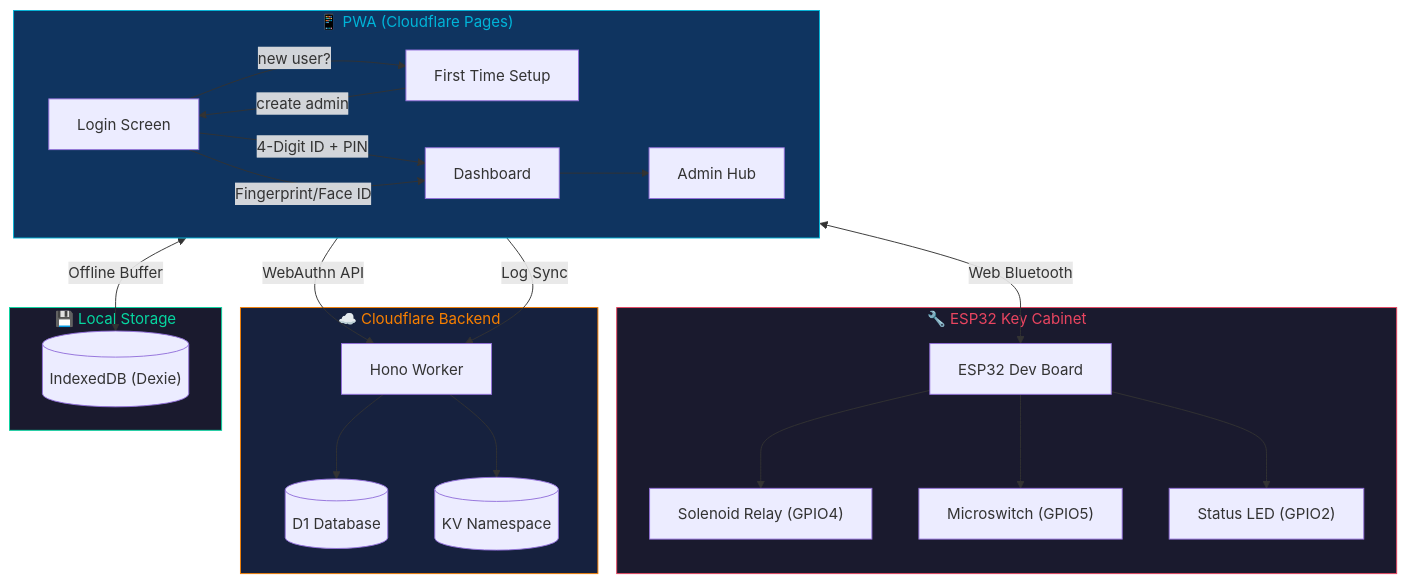
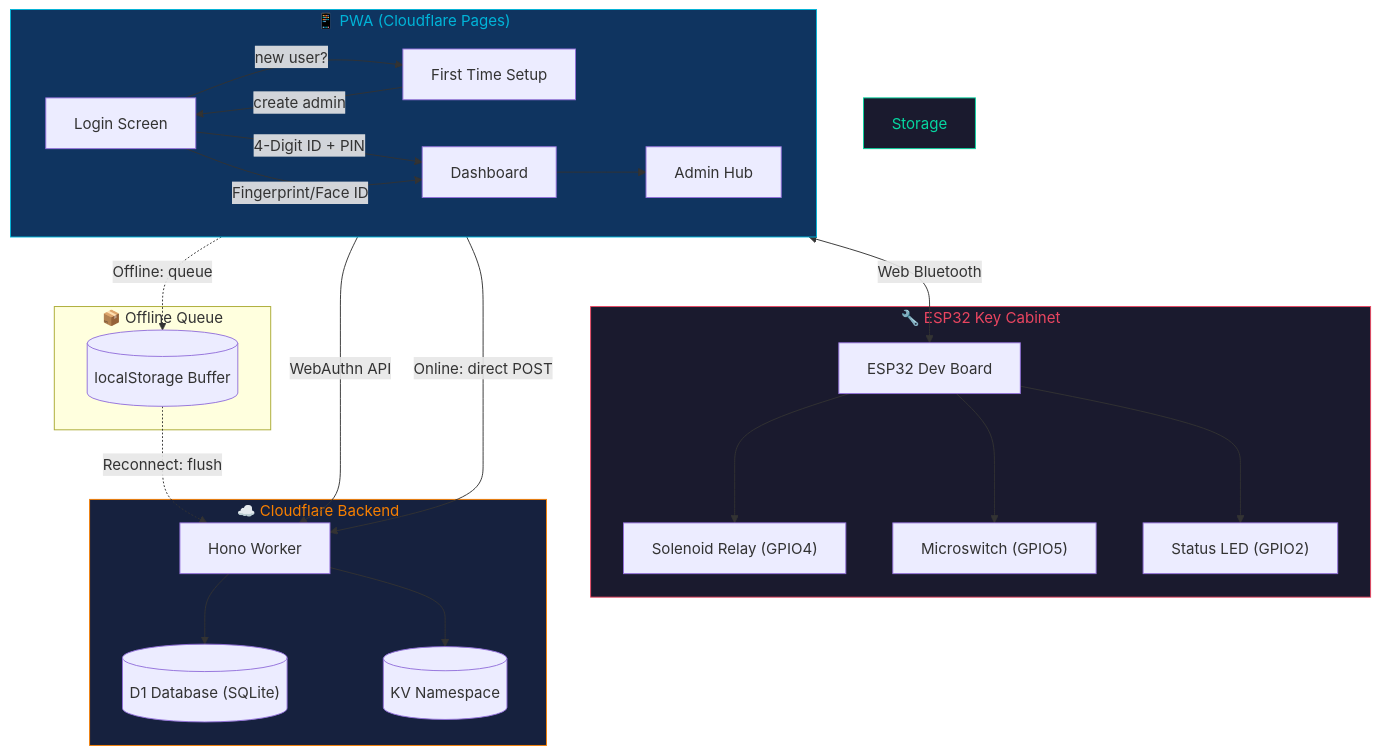
One commit to wilsonintai76/SmartKey-Cloud changed the diagram in flowchart TB.mmd. Above: the diagram before and after it, drawn with Mermaid. The commit also changed 110 other files, not shown here.

```diff
--- a/flowchart TB.mmd
+++ b/flowchart TB.mmd
@@ -1,41 +1,42 @@
 flowchart TB
     subgraph Hardware["🔧 ESP32 Key Cabinet"]
         ESP["ESP32 Dev Board"]
         Relay["Solenoid Relay (GPIO4)"]
         Switch["Microswitch (GPIO5)"]
         LED["Status LED (GPIO2)"]
         ESP --> Relay & Switch & LED
     end
 
     subgraph PWA["📱 PWA (Cloudflare Pages)"]
         Login["Login Screen"]
         Setup["First Time Setup"]
         Dashboard["Dashboard"]
         Admin["Admin Hub"]
         Login -->|"new user?"| Setup
         Setup -->|"create admin"| Login
         Login -->|"4-Digit ID + PIN"| Dashboard
         Login -->|"Fingerprint/Face ID"| Dashboard
         Dashboard --> Admin
     end
 
     subgraph Cloud["☁️ Cloudflare Backend"]
         Worker["Hono Worker"]
-        D1[("D1 Database")]
+        D1[("D1 Database (SQLite)")]
         KV[("KV Namespace")]
         Worker --> D1 & KV
     end
 
-    subgraph Storage["💾 Local Storage"]
-        IDB[("IndexedDB (Dexie)")]
+    subgraph Offline["📦 Offline Queue"]
+        LS[("localStorage Buffer")]
     end
 
     PWA <-->|"Web Bluetooth"| ESP
     PWA -->|"WebAuthn API"| Worker
-    PWA -->|"Log Sync"| Worker
-    PWA <-->|"Offline Buffer"| IDB
+    PWA -->|"Online: direct POST"| Worker
+    PWA -.->|"Offline: queue"| LS
+    LS -.->|"Reconnect: flush"| Worker
 
     style Hardware fill:#1a1a2e,color:#e94560,stroke:#e94560
     style PWA fill:#0f3460,color:#00b4d8,stroke:#00b4d8
     style Cloud fill:#16213e,color:#f77f00,stroke:#f77f00
     style Storage fill:#1a1a2e,color:#06d6a0,stroke:#06d6a0
```
